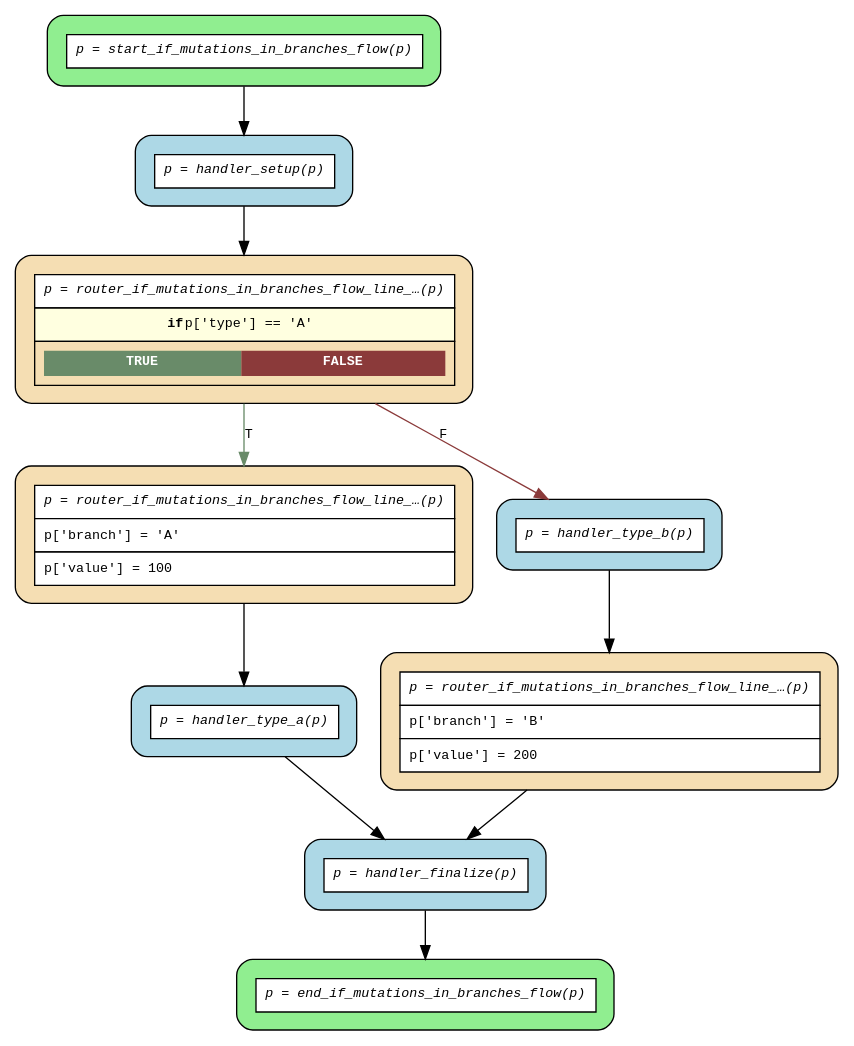
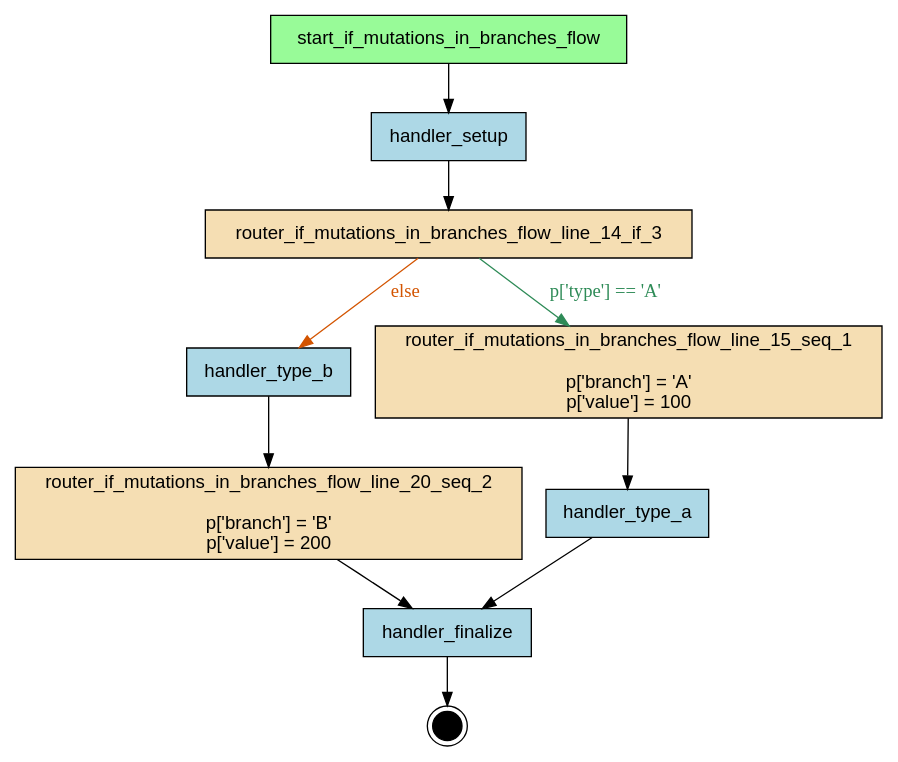
The diagram in examples/flows/compiled/if_mutations_in_branches/flow.dot (deliveryhero/asya), drawn with Graphviz before and after one commit. The commit also changed 413 other files, not shown here.

First line of the commit message:
refactor(compiler): Phase 1 — replace ir/grouper/dotgen with analyzer/graphgen (#337)

```diff
--- a/examples/flows/compiled/if_mutations_in_branches/flow.dot
+++ b/examples/flows/compiled/if_mutations_in_branches/flow.dot
@@ -1,26 +1,27 @@
-digraph flow {
-  rankdir=TB;
-  graph [fontname="Courier", fontsize=10];
-  node [fontname="Courier", fontsize=10, shape=box, style="filled,rounded", margin="0.2"];
-  edge [fontname="Courier", fontsize=10];
+digraph "if_mutations_in_branches_flow" {
+    rankdir=TB;
+    node [shape=box, style=filled, fontname="Helvetica"];
 
-  start_if_mutations_in_branches_flow [fillcolor="lightgreen", group="main", label=<<table border="0" cellspacing="0" cellpadding="6" cellborder="1"><tr><td bgcolor="white" align="center"><i>p = start_if_mutations_in_branches_flow(p)</i></td></tr></table>>];
-  router_if_mutations_in_branches_flow_line_15_seq [fillcolor="wheat", group="main", label=<<table border="0" cellspacing="0" cellpadding="6" cellborder="1"><tr><td bgcolor="white" align="center"><i>p = router_if_mutations_in_branches_flow_line_…(p)</i></td></tr><tr><td bgcolor="white" align="left">p['branch'] = 'A'</td></tr><tr><td bgcolor="white" align="left">p['value'] = 100</td></tr></table>>];
-  router_if_mutations_in_branches_flow_line_20_seq [fillcolor="wheat", group="main", label=<<table border="0" cellspacing="0" cellpadding="6" cellborder="1"><tr><td bgcolor="white" align="center"><i>p = router_if_mutations_in_branches_flow_line_…(p)</i></td></tr><tr><td bgcolor="white" align="left">p['branch'] = 'B'</td></tr><tr><td bgcolor="white" align="left">p['value'] = 200</td></tr></table>>];
-  router_if_mutations_in_branches_flow_line_14_if [fillcolor="wheat", group="main", label=<<table border="0" cellspacing="0" cellpadding="6" cellborder="1"><tr><td bgcolor="white" align="center"><i>p = router_if_mutations_in_branches_flow_line_…(p)</i></td></tr><tr><td bgcolor="lightyellow"><b>if</b> p['type'] == 'A'</td></tr><tr><td><table border="0" cellspacing="0" cellpadding="4"><tr><td bgcolor="darkseagreen4"><font color="white"><b>TRUE</b></font></td><td bgcolor="indianred4"><font color="white"><b>FALSE</b></font></td></tr></table></td></tr></table>>];
-  end_if_mutations_in_branches_flow [fillcolor="lightgreen", group="main", label=<<table border="0" cellspacing="0" cellpadding="6" cellborder="1"><tr><td bgcolor="white" align="center"><i>p = end_if_mutations_in_branches_flow(p)</i></td></tr></table>>];
-  handler_finalize [fillcolor="lightblue", label=<<table border="0" cellspacing="0" cellpadding="6" cellborder="1"><tr><td bgcolor="white" align="center"><i>p = handler_finalize(p)</i></td></tr></table>>];
-  handler_setup [fillcolor="lightblue", label=<<table border="0" cellspacing="0" cellpadding="6" cellborder="1"><tr><td bgcolor="white" align="center"><i>p = handler_setup(p)</i></td></tr></table>>];
-  handler_type_a [fillcolor="lightblue", label=<<table border="0" cellspacing="0" cellpadding="6" cellborder="1"><tr><td bgcolor="white" align="center"><i>p = handler_type_a(p)</i></td></tr></table>>];
-  handler_type_b [fillcolor="lightblue", label=<<table border="0" cellspacing="0" cellpadding="6" cellborder="1"><tr><td bgcolor="white" align="center"><i>p = handler_type_b(p)</i></td></tr></table>>];
+    { rank=source; start_if_mutations_in_branches_flow; }
 
-  handler_finalize -> end_if_mutations_in_branches_flow;
-  handler_setup -> router_if_mutations_in_branches_flow_line_14_if;
-  handler_type_a -> handler_finalize;
-  handler_type_b -> router_if_mutations_in_branches_flow_line_20_seq;
-  router_if_mutations_in_branches_flow_line_14_if -> handler_type_b [label="F", color=indianred4];
-  router_if_mutations_in_branches_flow_line_14_if -> router_if_mutations_in_branches_flow_line_15_seq [label="T", color=darkseagreen4];
-  router_if_mutations_in_branches_flow_line_15_seq -> handler_type_a;
-  router_if_mutations_in_branches_flow_line_20_seq -> handler_finalize;
-  start_if_mutations_in_branches_flow -> handler_setup;
+    handler_finalize [label="handler_finalize", fillcolor=lightblue];
+    handler_setup [label="handler_setup", fillcolor=lightblue];
+    handler_type_a [label="handler_type_a", fillcolor=lightblue];
+    handler_type_b [label="handler_type_b", fillcolor=lightblue];
+    router_if_mutations_in_branches_flow_line_14_if_3 [label="router_if_mutations_in_branches_flow_line_14_if_3", fillcolor=wheat];
+    router_if_mutations_in_branches_flow_line_15_seq_1 [label="router_if_mutations_in_branches_flow_line_15_seq_1\n\np['branch'] = 'A'\np['value'] = 100", fillcolor=wheat];
+    router_if_mutations_in_branches_flow_line_20_seq_2 [label="router_if_mutations_in_branches_flow_line_20_seq_2\n\np['branch'] = 'B'\np['value'] = 200", fillcolor=wheat];
+    start_if_mutations_in_branches_flow [label="start_if_mutations_in_branches_flow", fillcolor=palegreen];
+
+    __end__ [label="", shape=doublecircle, fillcolor=black, width=0.3, fixedsize=true];
+
+    start_if_mutations_in_branches_flow -> handler_setup;
+    handler_setup -> router_if_mutations_in_branches_flow_line_14_if_3;
+    router_if_mutations_in_branches_flow_line_15_seq_1 -> handler_type_a;
+    router_if_mutations_in_branches_flow_line_14_if_3 -> router_if_mutations_in_branches_flow_line_15_seq_1 [label="p['type'] == 'A'", color="#2E8B57", fontcolor="#2E8B57"];
+    router_if_mutations_in_branches_flow_line_14_if_3 -> handler_type_b [label="else", color="#D35400", fontcolor="#D35400"];
+    handler_type_b -> router_if_mutations_in_branches_flow_line_20_seq_2;
+    router_if_mutations_in_branches_flow_line_20_seq_2 -> handler_finalize;
+    handler_type_a -> handler_finalize;
+    handler_finalize -> __end__;
 }
```
